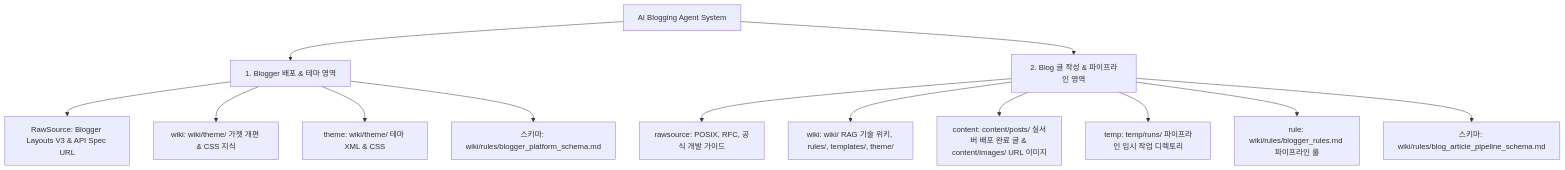
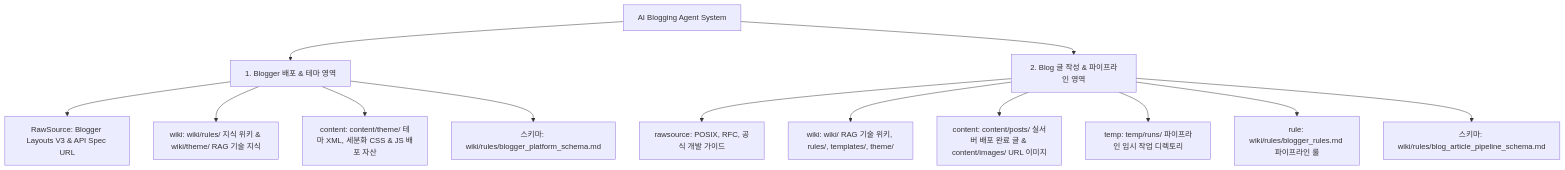
Before and after one commit to rlaguswls13/blogging: the diagram in AGENTS.md, drawn with Mermaid. The commit also changed 1 other file, not shown here.

Commit message:
docs(rules): Enforce wiki/rules for knowledge rules management and content/theme for live distribution

````diff
--- a/AGENTS.md
+++ b/AGENTS.md
@@ -9,17 +9,17 @@
 ```mermaid
 graph TD
     Root[AI Blogging Agent System] --> Part1[1. Blogger 배포 & 테마 영역]
     Root --> Part2[2. Blog 글 작성 & 파이프라인 영역]
 
     Part1 --> P1_Raw[RawSource: Blogger Layouts V3 & API Spec URL]
-    Part1 --> P1_Wiki[wiki: wiki/theme/ 가젯 개편 & CSS 지식]
-    Part1 --> P1_Theme[theme: wiki/theme/ 테마 XML & CSS]
+    Part1 --> P1_Wiki[wiki: wiki/rules/ 지식 위키 & wiki/theme/ RAG 기술 지식]
+    Part1 --> P1_Theme[content: content/theme/ 테마 XML, 세분화 CSS & JS 배포 자산]
     Part1 --> P1_Schema[스키마: wiki/rules/blogger_platform_schema.md]
 
     Part2 --> P2_Raw[rawsource: POSIX, RFC, 공식 개발 가이드]
     Part2 --> P2_Wiki[wiki: wiki/ RAG 기술 위키, rules/, templates/, theme/]
     Part2 --> P2_Content[content: content/posts/ 실서버 배포 완료 글 & content/images/ URL 이미지]
     Part2 --> P2_Temp[temp: temp/runs/ 파이프라인 임시 작업 디렉토리]
     Part2 --> P2_Rule[rule: wiki/rules/blogger_rules.md 파이프라인 룰]
     Part2 --> P2_Schema[스키마: wiki/rules/blog_article_pipeline_schema.md]
 ```
````
